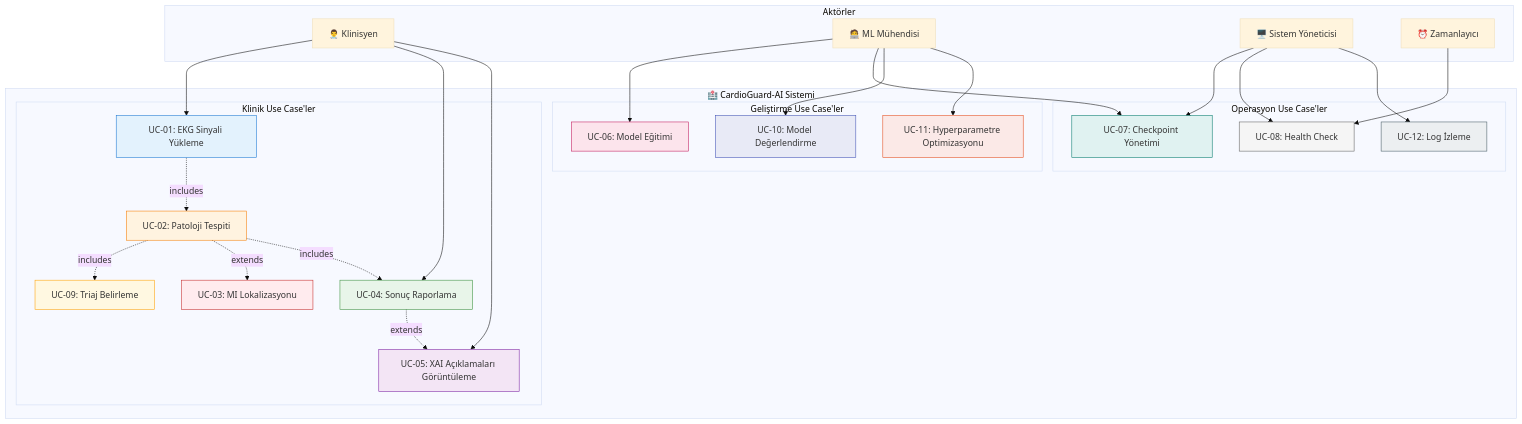
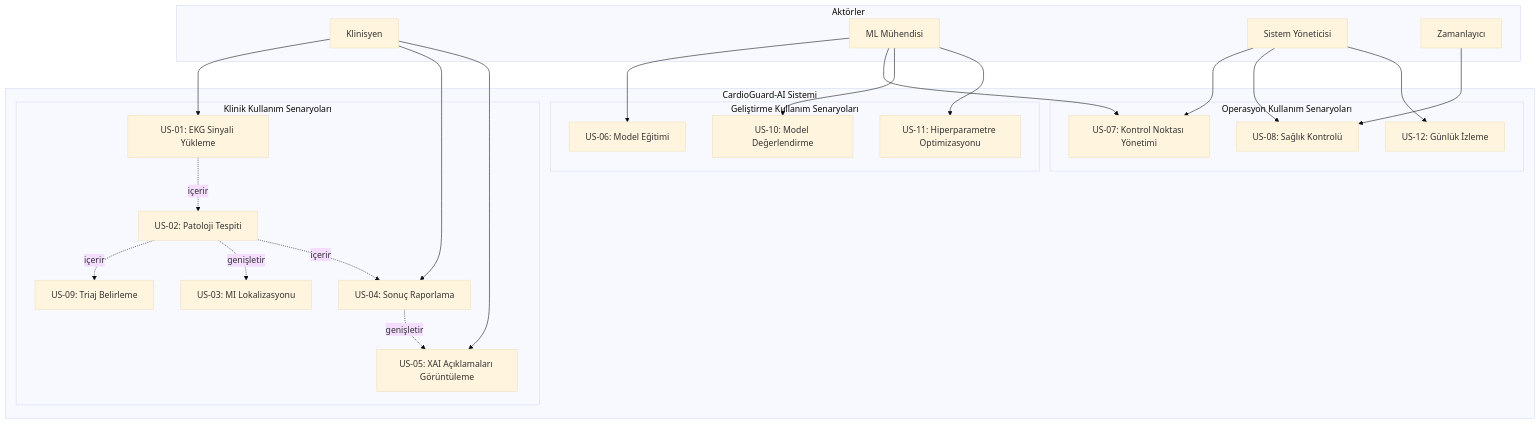
Before and after one commit to mUsaulug/CardioGuard-AI: the first of 8 diagrams in docs/diagrams/02_use_case_diagram.md, drawn with Mermaid (base theme). The commit also changed other lines of this file and 5 other files, not shown here.

````diff
--- a/docs/diagrams/02_use_case_diagram.md
+++ b/docs/diagrams/02_use_case_diagram.md
@@ -38,72 +45,53 @@
 ```mermaid
 graph TB
     subgraph Aktörler
-        Clinician["👨‍⚕️ Klinisyen"]
-        MLEngineer["🧑‍💻 ML Mühendisi"]
-        SysAdmin["🖥️ Sistem Yöneticisi"]
-        Scheduler["⏰ Zamanlayıcı"]
+        Clinician["Klinisyen"]
+        MLEngineer["ML Mühendisi"]
+        SysAdmin["Sistem Yöneticisi"]
+        Scheduler["Zamanlayıcı"]
     end
     
-    subgraph CardioGuard-AI["🏥 CardioGuard-AI Sistemi"]
-        subgraph Klinik["Klinik Use Case'ler"]
-            UC1["UC-01: EKG Sinyali Yükleme"]
-            UC2["UC-02: Patoloji Tespiti"]
-            UC3["UC-03: MI Lokalizasyonu"]
-            UC4["UC-04: Sonuç Raporlama"]
-            UC5["UC-05: XAI Açıklamaları Görüntüleme"]
-            UC9["UC-09: Triaj Belirleme"]
+    subgraph CardioGuard_AI["CardioGuard-AI Sistemi"]
+        subgraph Klinik["Klinik Kullanım Senaryoları"]
+            UC1["US-01: EKG Sinyali Yükleme"]
+            UC2["US-02: Patoloji Tespiti"]
+            UC3["US-03: MI Lokalizasyonu"]
+            UC4["US-04: Sonuç Raporlama"]
+            UC5["US-05: XAI Açıklamaları Görüntüleme"]
+            UC9["US-09: Triaj Belirleme"]
         end
         
-        subgraph Geliştirme["Geliştirme Use Case'ler"]
-            UC6["UC-06: Model Eğitimi"]
-            UC10["UC-10: Model Değerlendirme"]
-            UC11["UC-11: Hyperparametre Optimizasyonu"]
+        subgraph Gelistirme["Geliştirme Kullanım Senaryoları"]
+            UC6["US-06: Model Eğitimi"]
+            UC10["US-10: Model Değerlendirme"]
+            UC11["US-11: Hiperparametre Optimizasyonu"]
         end
         
-        subgraph Operasyon["Operasyon Use Case'ler"]
-            UC7["UC-07: Checkpoint Yönetimi"]
-            UC8["UC-08: Health Check"]
-            UC12["UC-12: Log İzleme"]
+        subgraph Operasyon["Operasyon Kullanım Senaryoları"]
+            UC7["US-07: Kontrol Noktası Yönetimi"]
+            UC8["US-08: Sağlık Kontrolü"]
+            UC12["US-12: Günlük İzleme"]
         end
     end
     
-    %% Klinisyen bağlantıları
     Clinician --> UC1
     Clinician --> UC4
     Clinician --> UC5
     
-    %% ML Mühendisi bağlantıları
     MLEngineer --> UC6
     MLEngineer --> UC7
     MLEngineer --> UC10
     MLEngineer --> UC11
     
-    %% Sistem Yöneticisi bağlantıları
     SysAdmin --> UC7
     SysAdmin --> UC8
     SysAdmin --> UC12
     
-    %% Zamanlayıcı bağlantıları
     Scheduler --> UC8
     
-    %% Include ilişkileri
-    UC1 -.->|includes| UC2
-    UC2 -.->|includes| UC9
-    UC2 -.->|extends| UC3
-    UC2 -.->|includes| UC4
-    UC4 -.->|extends| UC5
-    
-    %% Styling
-    style UC1 fill:#e3f2fd,stroke:#1976d2
-    style UC2 fill:#fff3e0,stroke:#f57c00
-    style UC3 fill:#ffebee,stroke:#c62828
-    style UC4 fill:#e8f5e9,stroke:#388e3c
-    style UC5 fill:#f3e5f5,stroke:#7b1fa2
-    style UC6 fill:#fce4ec,stroke:#c2185b
-    style UC7 fill:#e0f2f1,stroke:#00796b
-    style UC8 fill:#f5f5f5,stroke:#616161
-    style UC9 fill:#fff8e1,stroke:#ffa000
-    style UC10 fill:#e8eaf6,stroke:#3f51b5
-    style UC11 fill:#fbe9e7,stroke:#e64a19
-    style UC12 fill:#eceff1,stroke:#455a64
+    UC1 -.->|içerir| UC2
+    UC2 -.->|içerir| UC9
+    UC2 -.->|genişletir| UC3
+    UC2 -.->|içerir| UC4
+    UC4 -.->|genişletir| UC5
 ```
````
